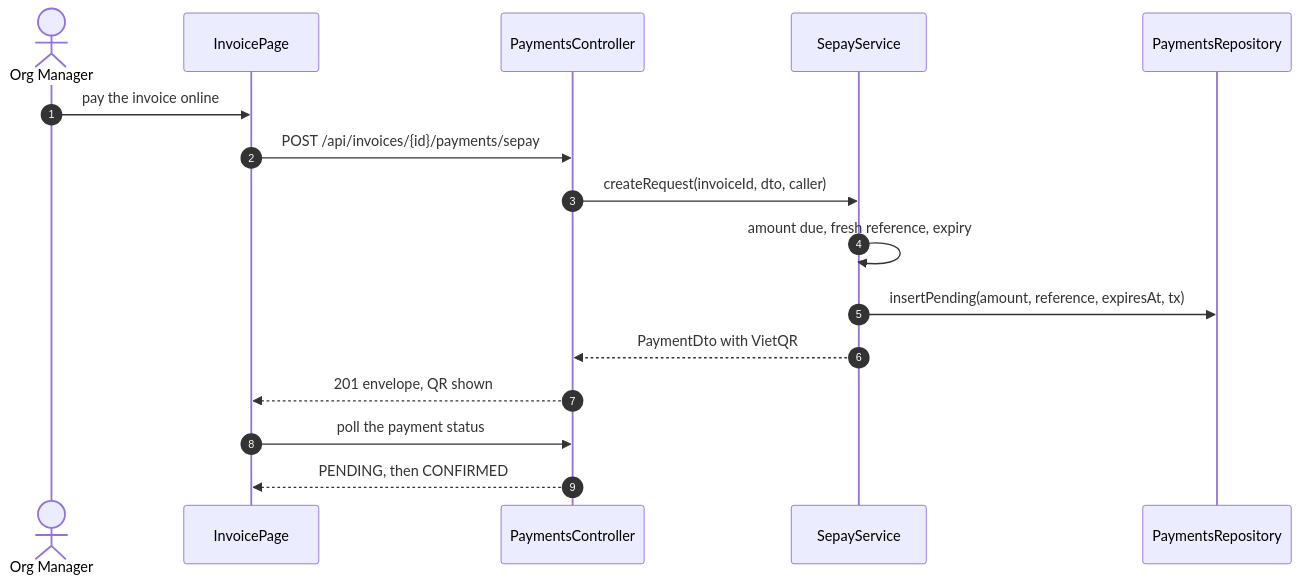
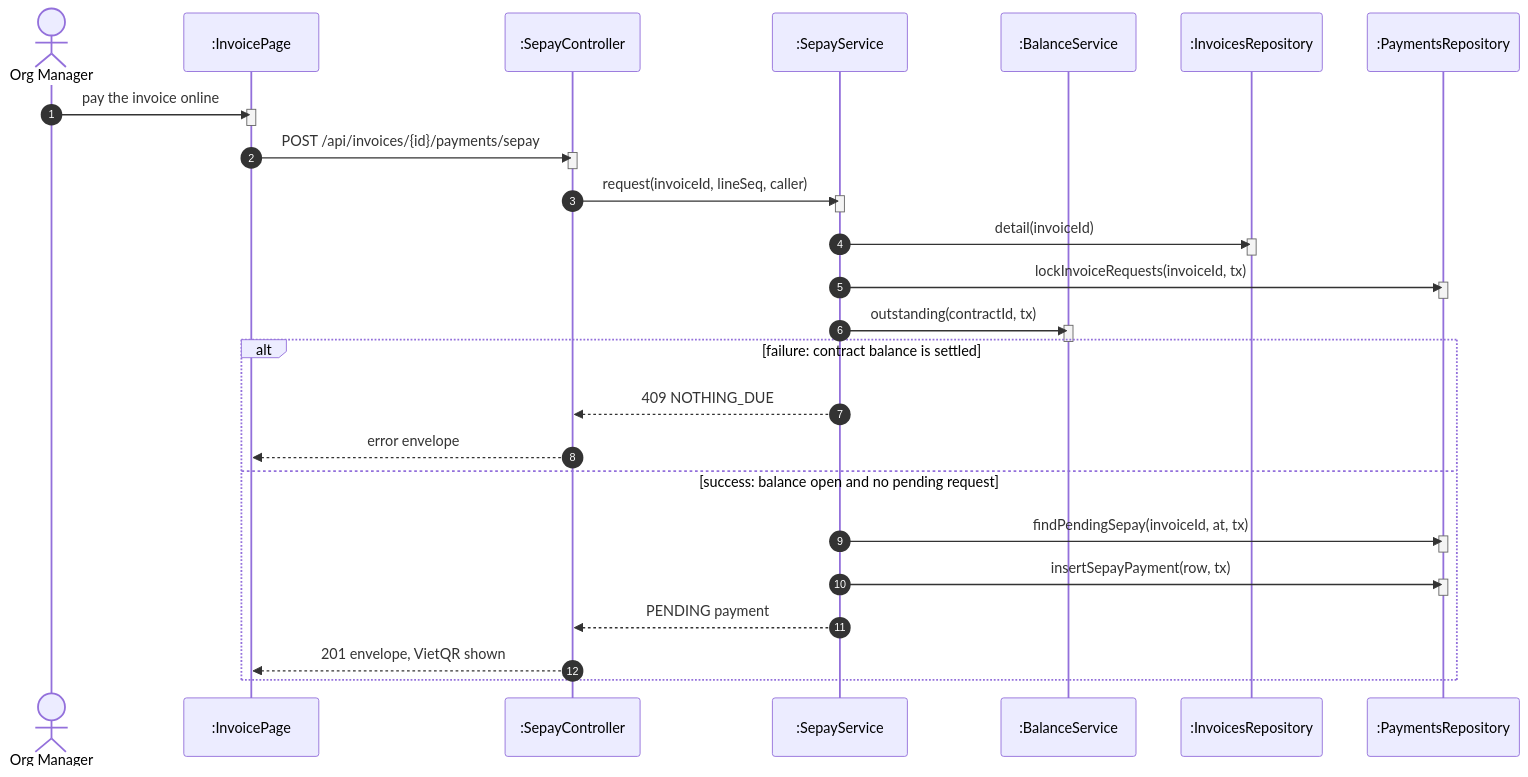
The tenth of 17 diagrams in specs/billing/design.md (TrekLink-Team/treklink-web), drawn with Mermaid before and after one commit. The commit also changed other lines of this file and 2 other files, not shown here.

First line of the commit message:
docs: one alt per sequence, code-true guards and per-use-case class panels (review of #113)

````diff
--- a/specs/billing/design.md
+++ b/specs/billing/design.md
@@ -282,18 +412,42 @@
 ```mermaid
 sequenceDiagram
     autonumber
     actor M as Org Manager
-    participant P as InvoicePage
-    participant C as PaymentsController
-    participant S as SepayService
-    participant R as PaymentsRepository
+    participant P as :InvoicePage
+    participant C as :SepayController
+    participant S as :SepayService
+    participant B as :BalanceService
+    participant I as :InvoicesRepository
+    participant R as :PaymentsRepository
     M->>P: pay the invoice online
+    activate P
+    deactivate P
     P->>C: POST /api/invoices/{id}/payments/sepay
-    C->>S: createRequest(invoiceId, dto, caller)
-    S->>S: amount due, fresh reference, expiry
-    S->>R: insertPending(amount, reference, expiresAt, tx)
-    S-->>C: PaymentDto with VietQR
-    C-->>P: 201 envelope, QR shown
-    P->>C: poll the payment status
-    C-->>P: PENDING, then CONFIRMED
+    activate C
+    deactivate C
+    C->>S: request(invoiceId, lineSeq, caller)
+    activate S
+    deactivate S
+    S->>I: detail(invoiceId)
+    activate I
+    deactivate I
+    S->>R: lockInvoiceRequests(invoiceId, tx)
+    activate R
+    deactivate R
+    S->>B: outstanding(contractId, tx)
+    activate B
+    deactivate B
+    alt failure: contract balance is settled
+        S-->>C: 409 NOTHING_DUE
+        C-->>P: error envelope
+    else success: balance open and no pending request
+        S->>R: findPendingSepay(invoiceId, at, tx)
+        activate R
+        deactivate R
+        S->>R: insertSepayPayment(row, tx)
+        activate R
+        deactivate R
+        S-->>C: PENDING payment
+        C-->>P: 201 envelope, VietQR shown
+    end
 ```
````
